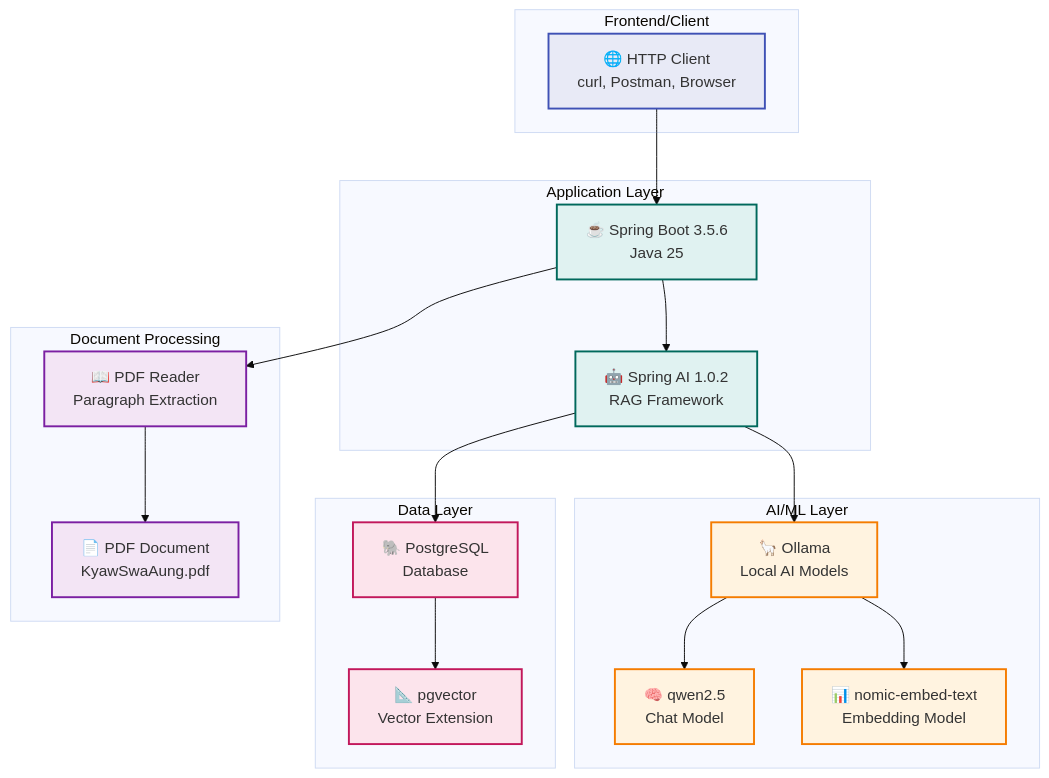
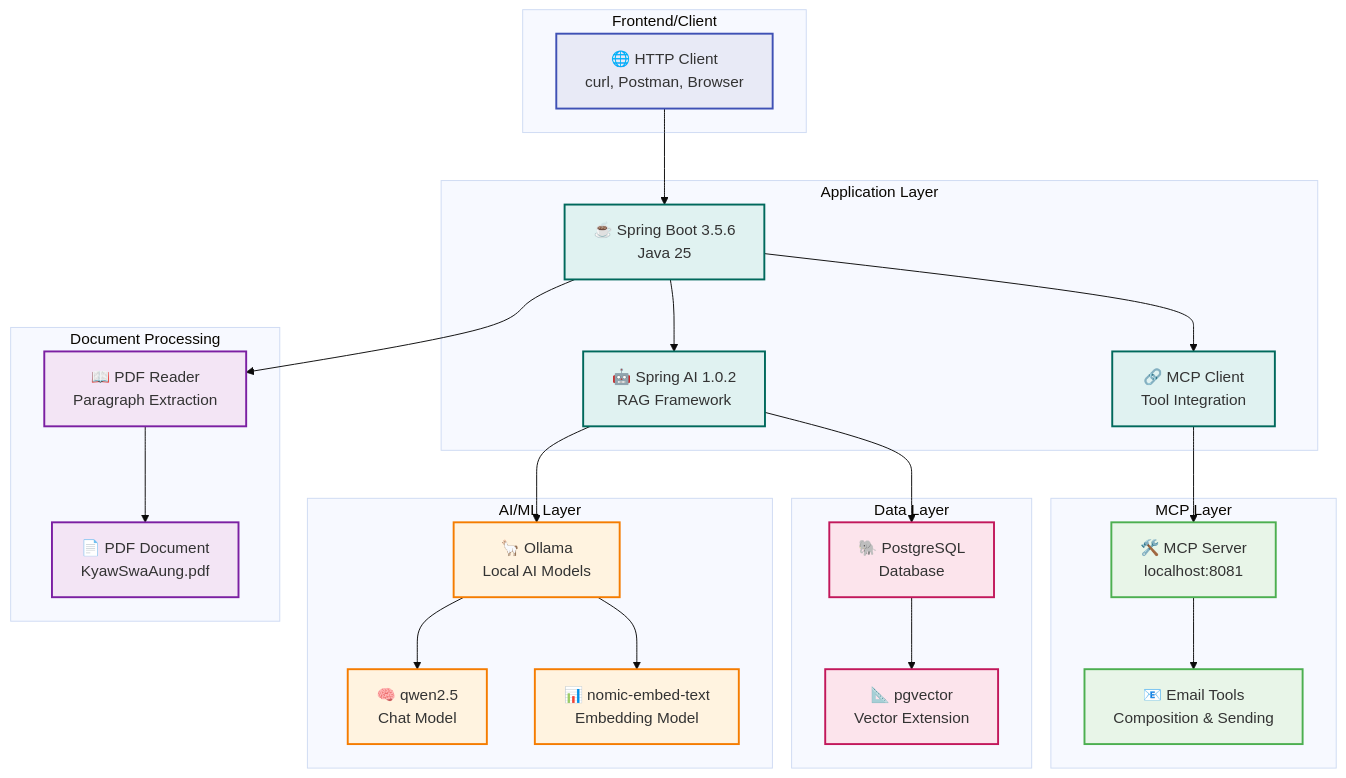
The second of 2 diagrams in system-architecture.md (kyawswar87/about-me), drawn with Mermaid (base theme) before and after one commit. The commit also changed other lines of this file and 1 other file, not shown here.

Commit message:
update readme and system architecture generated by ai

````diff
--- a/system-architecture.md
+++ b/system-architecture.md
@@ -38,49 +43,60 @@
 ```mermaid
 graph TB
     subgraph "Frontend/Client"
         Client[🌐 HTTP Client<br/>curl, Postman, Browser]
     end
 
     subgraph "Application Layer"
         SpringBoot[☕ Spring Boot 3.5.6<br/>Java 25]
         SpringAI[🤖 Spring AI 1.0.2<br/>RAG Framework]
+        MCPClient[🔗 MCP Client<br/>Tool Integration]
     end
 
     subgraph "AI/ML Layer"
         Ollama[🦙 Ollama<br/>Local AI Models]
         Qwen[🧠 qwen2.5<br/>Chat Model]
         Embed[📊 nomic-embed-text<br/>Embedding Model]
+    end
+
+    subgraph "MCP Layer"
+        MCPServer[🛠️ MCP Server<br/>localhost:8081]
+        EmailTools[📧 Email Tools<br/>Composition & Sending]
     end
 
     subgraph "Data Layer"
         PostgreSQL[🐘 PostgreSQL<br/>Database]
         PgVector[📐 pgvector<br/>Vector Extension]
     end
 
     subgraph "Document Processing"
         PDF[📄 PDF Document<br/>KyawSwaAung.pdf]
         PDFReader[📖 PDF Reader<br/>Paragraph Extraction]
     end
 
     Client --> SpringBoot
     SpringBoot --> SpringAI
+    SpringBoot --> MCPClient
     SpringAI --> Ollama
+    MCPClient --> MCPServer
+    MCPServer --> EmailTools
     Ollama --> Qwen
     Ollama --> Embed
     SpringAI --> PostgreSQL
     PostgreSQL --> PgVector
     SpringBoot --> PDFReader
     PDFReader --> PDF
 
     classDef frontend fill:#e8eaf6,stroke:#3f51b5,stroke-width:2px
     classDef app fill:#e0f2f1,stroke:#00695c,stroke-width:2px
     classDef ai fill:#fff3e0,stroke:#f57c00,stroke-width:2px
+    classDef mcp fill:#e8f5e8,stroke:#4caf50,stroke-width:2px
     classDef data fill:#fce4ec,stroke:#c2185b,stroke-width:2px
     classDef doc fill:#f3e5f5,stroke:#7b1fa2,stroke-width:2px
 
     class Client frontend
-    class SpringBoot,SpringAI app
+    class SpringBoot,SpringAI,MCPClient app
     class Ollama,Qwen,Embed ai
+    class MCPServer,EmailTools,OtherTools mcp
     class PostgreSQL,PgVector data
     class PDF,PDFReader doc
 ```
````
